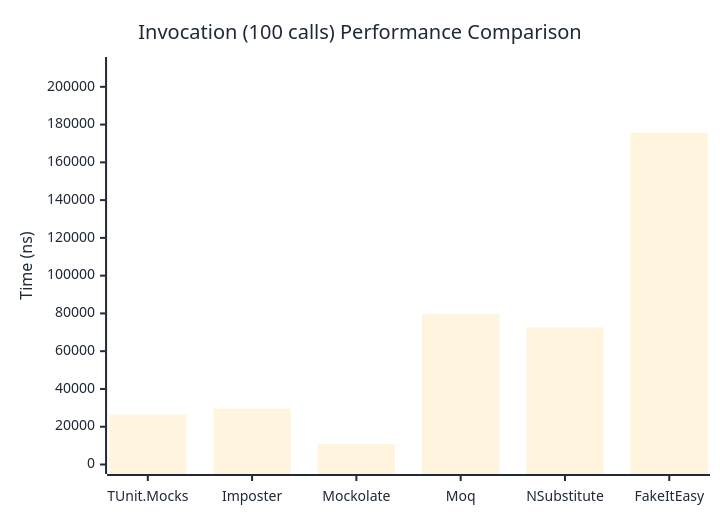
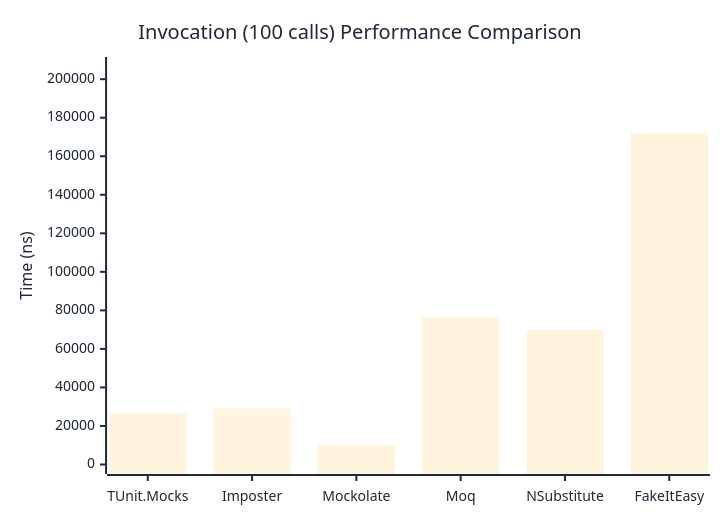
The third of 3 diagrams in docs/docs/benchmarks/mocks/Invocation.md (thomhurst/TUnit), drawn with Mermaid before and after one commit. The commit also changed other lines of this file and 14 other files, not shown here.

````diff
--- a/docs/docs/benchmarks/mocks/Invocation.md
+++ b/docs/docs/benchmarks/mocks/Invocation.md
@@ -110,27 +110,27 @@
 ```mermaid
 %%{init: {
   'theme':'base',
   'themeVariables': {
     'primaryColor': '#2563eb',
     'primaryTextColor': '#1f2937',
     'primaryBorderColor': '#1e40af',
     'lineColor': '#6b7280',
     'secondaryColor': '#7c3aed',
     'tertiaryColor': '#dc2626',
     'background': '#ffffff',
     'pie1': '#2563eb',
     'pie2': '#7c3aed',
     'pie3': '#dc2626',
     'pie4': '#f59e0b',
     'pie5': '#10b981',
     'pie6': '#06b6d4',
     'pie7': '#ec4899',
     'pie8': '#6366f1'
   }
 }}%%
 xychart-beta
   title "Invocation (100 calls) Performance Comparison"
   x-axis ["TUnit.Mocks", "Imposter", "Mockolate", "Moq", "NSubstitute", "FakeItEasy"]
-  y-axis "Time (ns)" 0 --> 210753
-  bar [26440.1, 29534.5, 10847.1, 79574.6, 72639, 175627.2]
+  y-axis "Time (ns)" 0 --> 206588
+  bar [26385.27, 29093.1, 10208.56, 76309.33, 69871.25, 172156.28]
 ```
````
